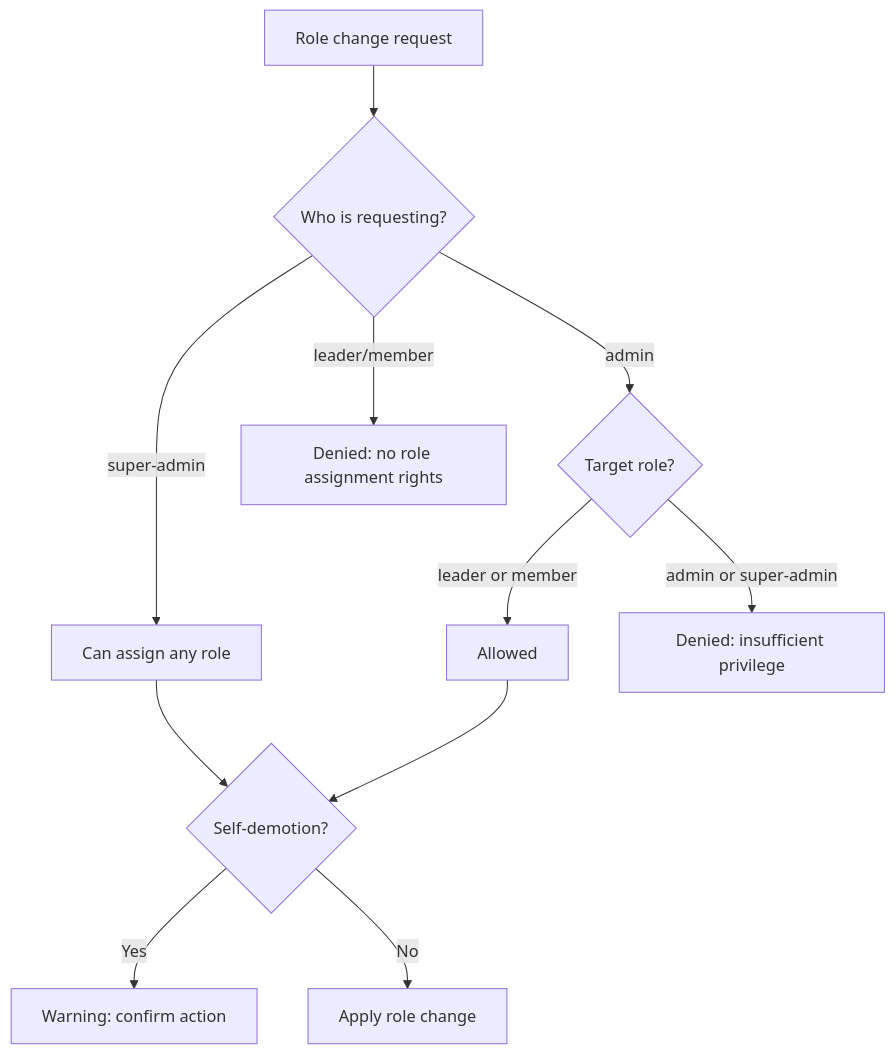
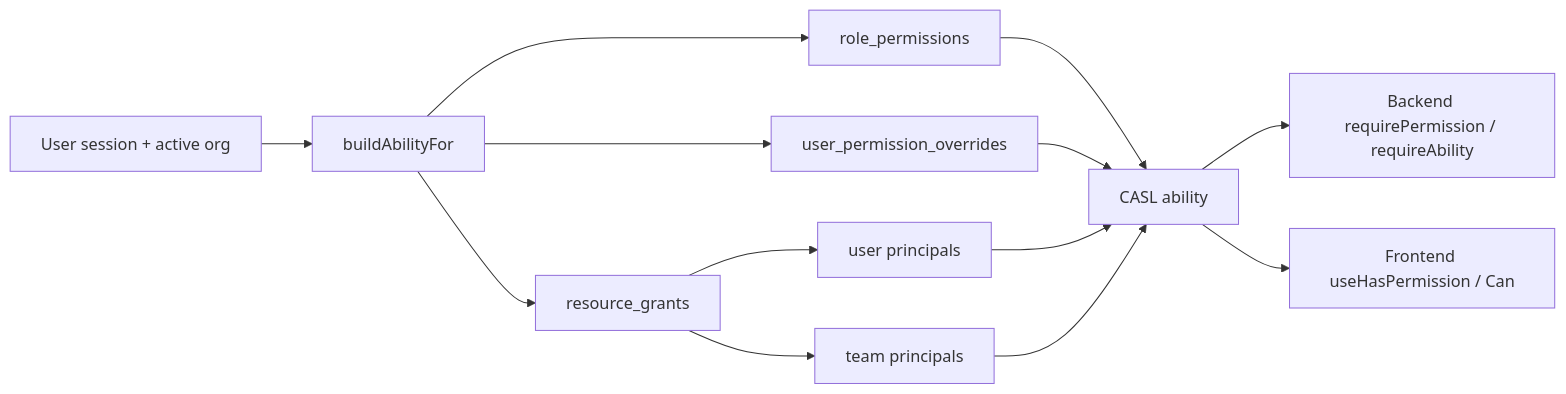
Before and after one commit to b-knowledge-solution/b-knowledge: the third of 3 diagrams in docs/detail-design/user-team/user-management-overview.md, drawn with Mermaid. The commit also changed other lines of this file and 2 other files, not shown here.

First line of the commit message:
docs(09-04): rewrite user and team permission flows

````diff
--- a/docs/detail-design/user-team/user-management-overview.md
+++ b/docs/detail-design/user-team/user-management-overview.md
@@ -96,14 +78,15 @@
 ```mermaid
-flowchart TD
-    A[Role change request] --> B{Who is requesting?}
-    B -->|super-admin| C[Can assign any role]
-    B -->|admin| D{Target role?}
-    D -->|leader or member| E[Allowed]
-    D -->|admin or super-admin| F[Denied: insufficient privilege]
-    B -->|leader/member| G[Denied: no role assignment rights]
-
-    C --> H{Self-demotion?}
-    E --> H
-    H -->|Yes| I[Warning: confirm action]
-    H -->|No| J[Apply role change]
+flowchart LR
+    A[User session + active org] --> B[buildAbilityFor]
+    B --> C[role_permissions]
+    B --> D[user_permission_overrides]
+    B --> E[resource_grants]
+    E --> F[user principals]
+    E --> G[team principals]
+    C --> H[CASL ability]
+    D --> H
+    F --> H
+    G --> H
+    H --> I[Backend requirePermission / requireAbility]
+    H --> J[Frontend useHasPermission / Can]
 ```
````
